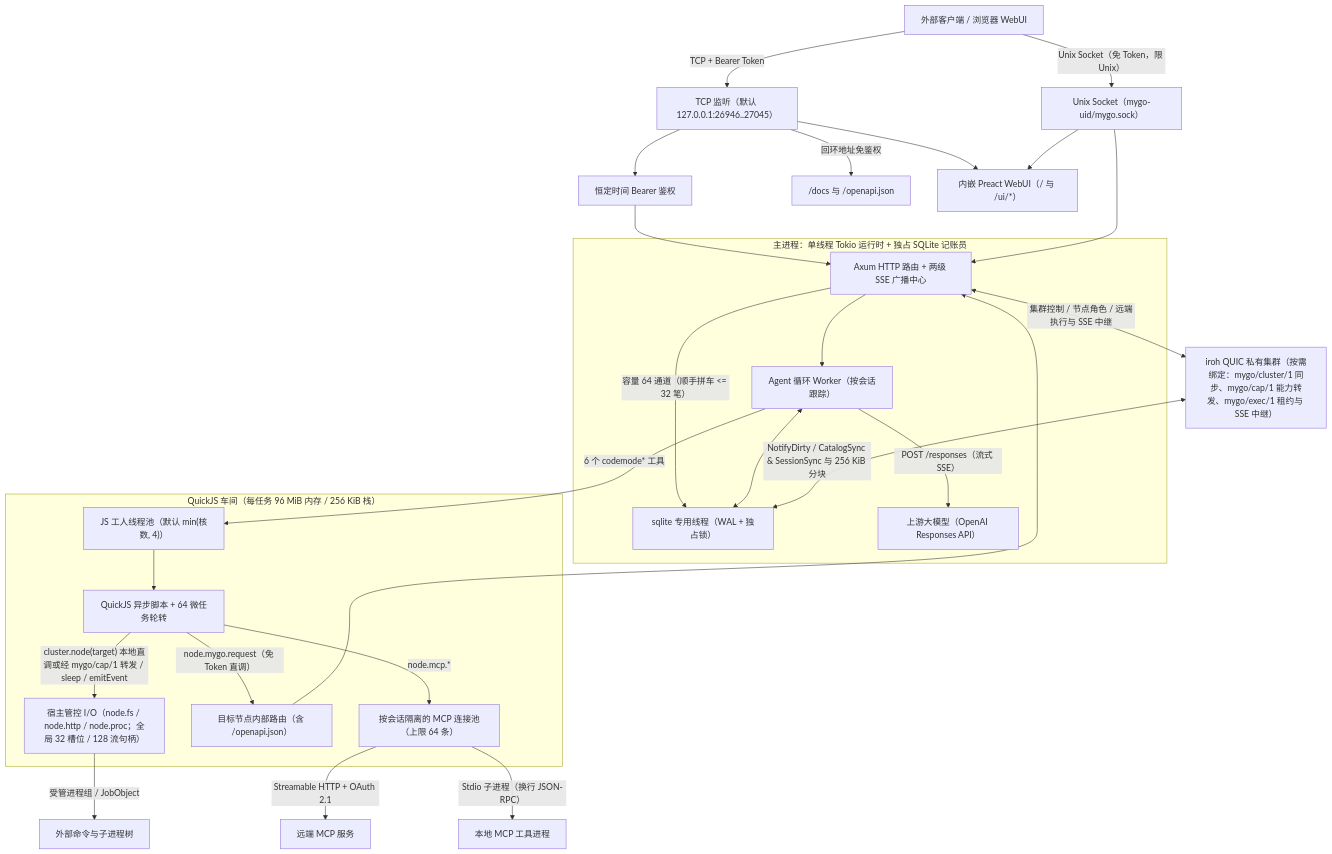
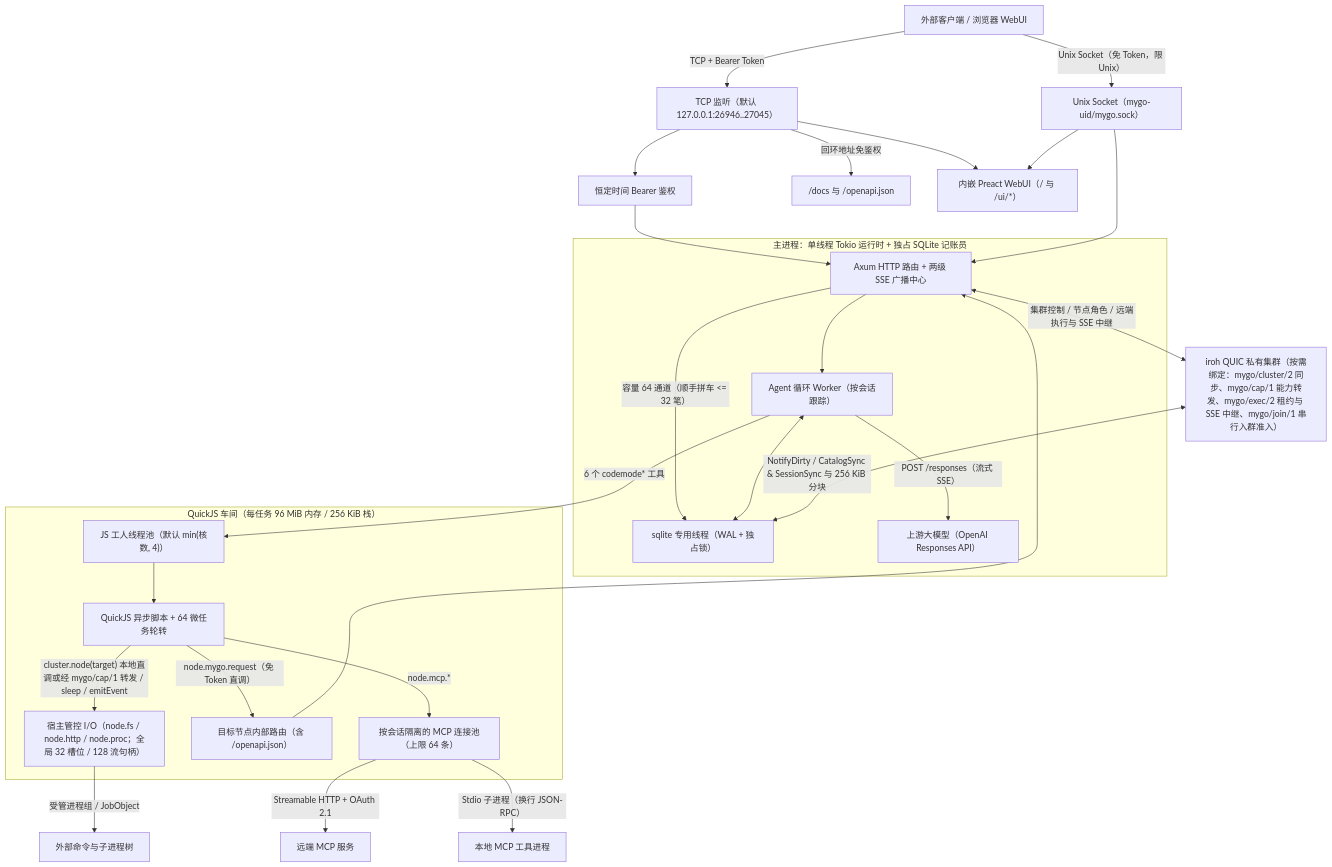
One commit to faithleysath/mygo-bot changed the diagram in how-it-work/README.md. Above: the diagram before and after it, drawn with Mermaid. The commit also changed other lines of this file and 6 other files, not shown here.

Commit message:
docs(how-it-work): sync v11 schema, join admission, single-decree paxos, and lease upgrade fences

````diff
--- a/how-it-work/README.md
+++ b/how-it-work/README.md
@@ -15,37 +15,37 @@
 ```mermaid
 flowchart TB
     Client["外部客户端 / 浏览器 WebUI"] -->|TCP + Bearer Token| TcpRouter["TCP 监听（默认 127.0.0.1:26946..27045）"]
     Client -->|"Unix Socket（免 Token，限 Unix）"| UnixRouter["Unix Socket（mygo-uid/mygo.sock）"]
 
     TcpRouter --> Auth["恒定时间 Bearer 鉴权"]
     TcpRouter -->|回环地址免鉴权| Docs["/docs 与 /openapi.json"]
     TcpRouter --> WebUI["内嵌 Preact WebUI（/ 与 /ui/*）"]
     UnixRouter --> WebUI
 
     Auth --> ApiLayer["Axum HTTP 路由 + 两级 SSE 广播中心"]
     UnixRouter --> ApiLayer
 
     subgraph Runtime["主进程：单线程 Tokio 运行时 + 独占 SQLite 记账员"]
         ApiLayer -->|"容量 64 通道（顺手拼车 <= 32 笔）"| Sqlite["sqlite 专用线程（WAL + 独占锁）"]
         ApiLayer --> Agent["Agent 循环 Worker（按会话跟踪）"]
         Agent <--> Sqlite
         Agent -->|"POST /responses（流式 SSE）"| Upstream["上游大模型（OpenAI Responses API）"]
     end
 
-    ApiLayer <-->|"集群控制 / 节点角色 / 远端执行与 SSE 中继"| Cluster["iroh QUIC 私有集群（按需绑定：mygo/cluster/1 同步、mygo/cap/1 能力转发、mygo/exec/1 租约与 SSE 中继）"]
+    ApiLayer <-->|"集群控制 / 节点角色 / 远端执行与 SSE 中继"| Cluster["iroh QUIC 私有集群（按需绑定：mygo/cluster/2 同步、mygo/cap/1 能力转发、mygo/exec/2 租约与 SSE 中继、mygo/join/1 串行入群准入）"]
     Cluster <-->|"NotifyDirty / CatalogSync & SessionSync 与 256 KiB 分块"| Sqlite
 
     Agent -->|"6 个 codemode* 工具"| Pool["JS 工人线程池（默认 min(核数, 4)）"]
 
     subgraph Sandbox["QuickJS 车间（每任务 96 MiB 内存 / 256 KiB 栈）"]
         Pool --> VM["QuickJS 异步脚本 + 64 微任务轮转"]
         VM -->|"cluster.node(target) 本地直调或经 mygo/cap/1 转发 / sleep / emitEvent"| HostIO["宿主管控 I/O（node.fs / node.http / node.proc；全局 32 槽位 / 128 流句柄）"]
         VM -->|"node.mygo.request（免 Token 直调）"| InternalApi["目标节点内部路由（含 /openapi.json）"]
         VM -->|"node.mcp.*"| McpPool["按会话隔离的 MCP 连接池（上限 64 条）"]
     end
 
     HostIO -->|受管进程组 / JobObject| ChildProc["外部命令与子进程树"]
     McpPool -->|"Streamable HTTP + OAuth 2.1"| RemoteMcp["远端 MCP 服务"]
     McpPool -->|"Stdio 子进程（换行 JSON-RPC）"| LocalMcp["本地 MCP 工具进程"]
     InternalApi --> ApiLayer
 ```
````
